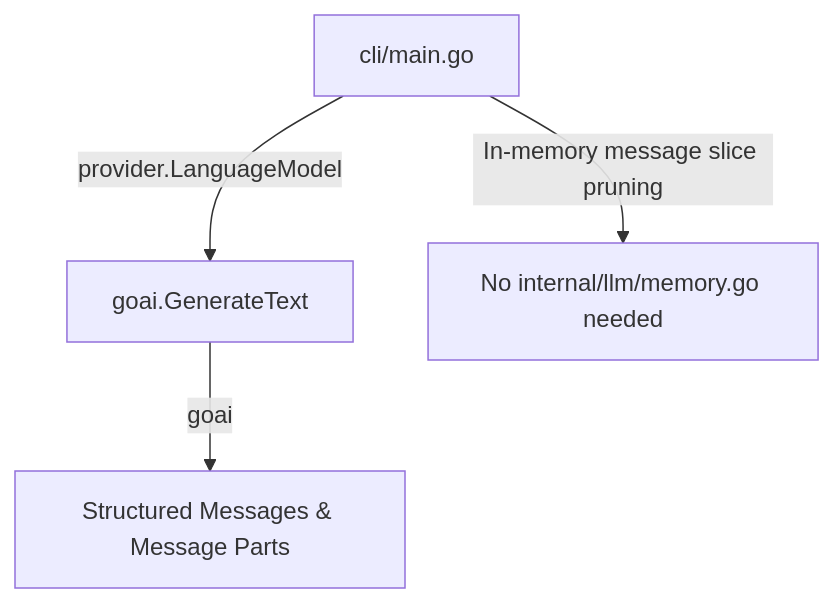
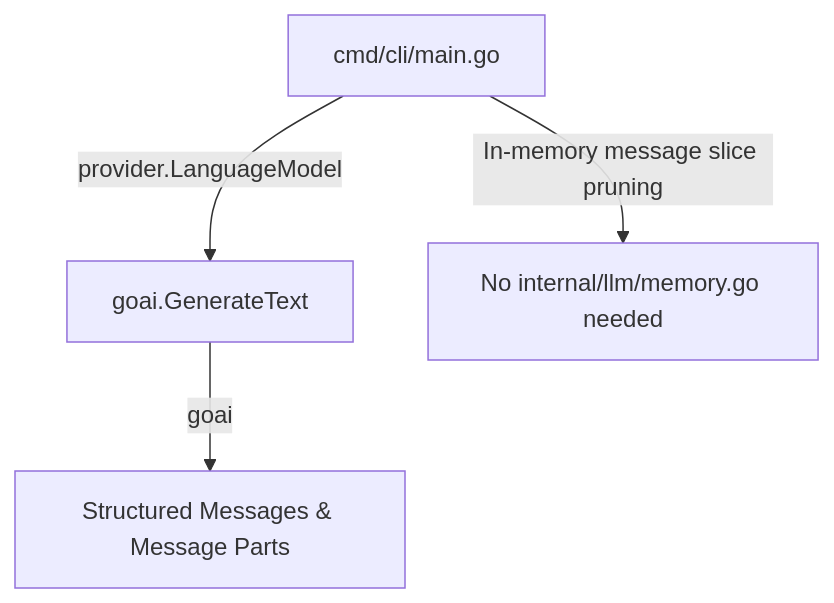
Before and after one commit to mdfranz/elastic-security-mcp: the fourth of 4 diagrams in GO-AGENT-COMP.md, drawn with Mermaid. The commit also changed other lines of this file and 4 other files, not shown here.

````diff
--- a/GO-AGENT-COMP.md
+++ b/GO-AGENT-COMP.md
@@ -44,6 +44,6 @@
 ```mermaid
 graph TD
-    A4[cli/main.go] -->|provider.LanguageModel| B4[goai.GenerateText]
+    A4[cmd/cli/main.go] -->|provider.LanguageModel| B4[goai.GenerateText]
     A4 -->|In-memory message slice pruning| C4[No internal/llm/memory.go needed]
     B4 -->|goai| E4[Structured Messages & Message Parts]
 ```
````
